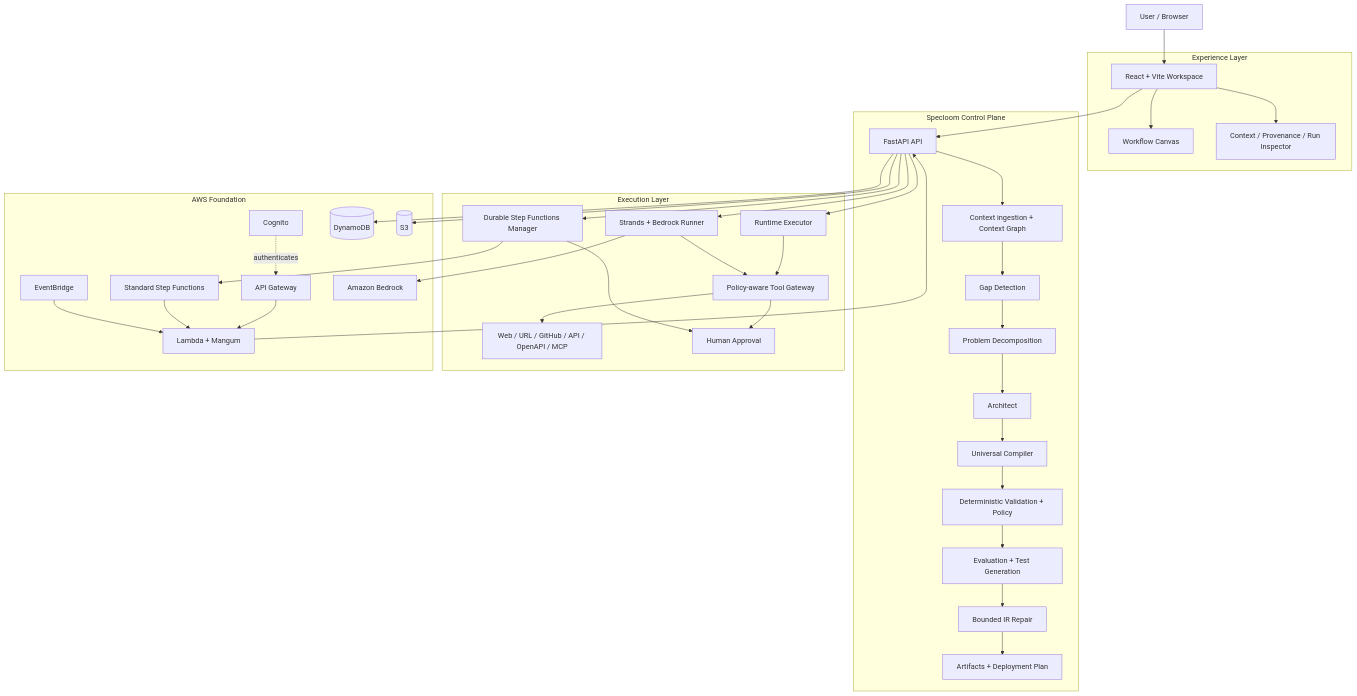
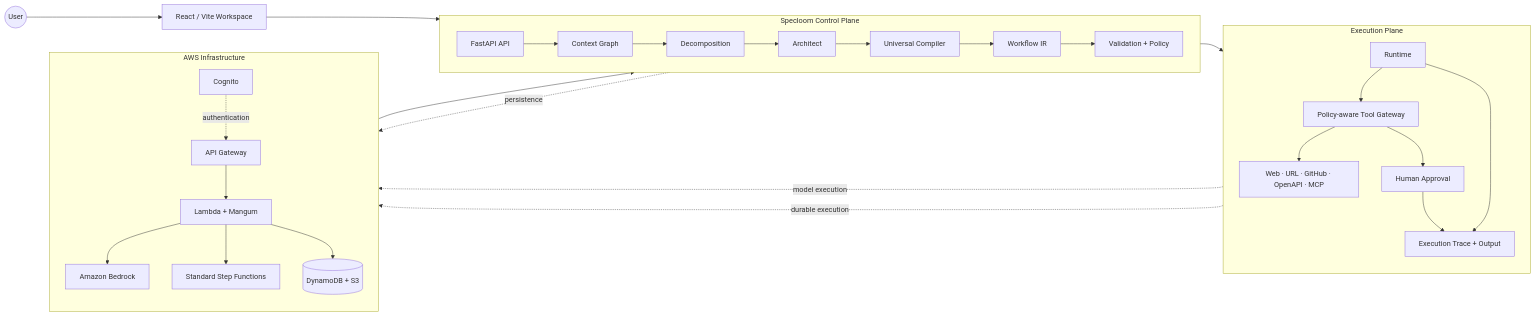
One commit to akashrajeev/Specloom changed the first of 3 diagrams in README.md. Above: the diagram before and after it, drawn with Mermaid. The commit also changed other lines of this file, not shown here.

Commit message:
docs: polish README architecture and setup

```diff
--- a/README.md
+++ b/README.md
@@ -47,80 +48,53 @@
 ~~~mermaid
-flowchart TB
-    USER[User / Browser]
+flowchart LR
+    U((User)) --> UI[React / Vite Workspace]
 
-    subgraph EXPERIENCE[Experience Layer]
-        UI[React + Vite Workspace]
-        GRAPH[Workflow Canvas]
-        INSPECT[Context / Provenance / Run Inspector]
-        UI --> GRAPH
-        UI --> INSPECT
+    subgraph CONTROL["Specloom Control Plane"]
+        direction LR
+        API[FastAPI API]
+        CTX[Context Graph]
+        DEC[Decomposition]
+        ARC[Architect]
+        COMP[Universal Compiler]
+        IR[Workflow IR]
+        VAL[Validation + Policy]
+        API --> CTX --> DEC --> ARC --> COMP --> IR --> VAL
     end
 
-    subgraph CONTROL[Specloom Control Plane]
-        API[FastAPI API]
-        CONTEXT[Context ingestion + Context Graph]
-        GAPS[Gap Detection]
-        DECOMP[Problem Decomposition]
-        ARCH[Architect]
-        COMP[Universal Compiler]
-        VALIDATE[Deterministic Validation + Policy]
-        EVAL[Evaluation + Test Generation]
-        REPAIR[Bounded IR Repair]
-        ARTIFACTS[Artifacts + Deployment Plan]
-        API --> CONTEXT
-        CONTEXT --> GAPS
-        GAPS --> DECOMP
-        DECOMP --> ARCH
-        ARCH --> COMP
-        COMP --> VALIDATE
-        VALIDATE --> EVAL
-        EVAL --> REPAIR
-        REPAIR --> ARTIFACTS
+    UI --> API
+
+    subgraph EXEC["Execution Plane"]
+        direction TB
+        RUN[Runtime]
+        GATE[Policy-aware Tool Gateway]
+        CAP[Web · URL · GitHub · OpenAPI · MCP]
+        APP[Human Approval]
+        TRACE[Execution Trace + Output]
+        RUN --> GATE --> CAP
+        GATE --> APP
+        RUN --> TRACE
+        APP --> TRACE
     end
 
-    subgraph EXECUTION[Execution Layer]
-        LOCAL[Runtime Executor]
-        BEDROCK[Strands + Bedrock Runner]
-        DURABLE[Durable Step Functions Manager]
-        GATEWAY[Policy-aware Tool Gateway]
-        TOOLS[Web / URL / GitHub / API / OpenAPI / MCP]
-        APPROVAL[Human Approval]
+    VAL --> RUN
+
+    subgraph AWS["AWS Infrastructure"]
+        direction TB
+        EDGE[API Gateway]
+        LAMBDA[Lambda + Mangum]
+        BED[Amazon Bedrock]
+        SFN[Standard Step Functions]
+        DATA[(DynamoDB + S3)]
+        ID[Cognito]
+        EDGE --> LAMBDA
+        LAMBDA --> BED
+        LAMBDA --> SFN
+        LAMBDA --> DATA
+        ID -. authentication .-> EDGE
     end
 
-    subgraph AWS[AWS Foundation]
-        APIGW[API Gateway]
-        LAMBDA[Lambda + Mangum]
-        COGNITO[Cognito]
-        DDB[(DynamoDB)]
-        S3[(S3)]
-        EVENTS[EventBridge]
-        SFN[Standard Step Functions]
-        BR[Amazon Bedrock]
-    end
-
-    USER --> UI
-    UI --> API
-
-    APIGW --> LAMBDA
-    LAMBDA --> API
-    COGNITO -. authenticates .-> APIGW
-
-    API --> DDB
-    API --> S3
-
-    API --> LOCAL
-    API --> BEDROCK
-    API --> DURABLE
-
-    LOCAL --> GATEWAY
-    BEDROCK --> BR
-    BEDROCK --> GATEWAY
-    DURABLE --> SFN
-    SFN --> LAMBDA
-
-    GATEWAY --> TOOLS
-    GATEWAY --> APPROVAL
-    DURABLE --> APPROVAL
-
-    EVENTS --> LAMBDA
+    EDGE --> API
+    RUN -. model execution .-> BED
+    RUN -. durable execution .-> SFN
+    API -. persistence .-> DATA
 ~~~
```
